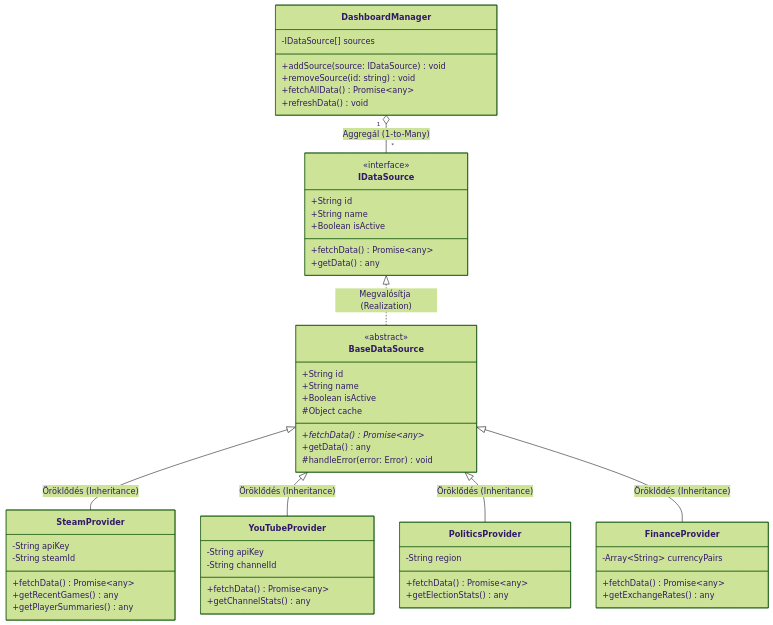
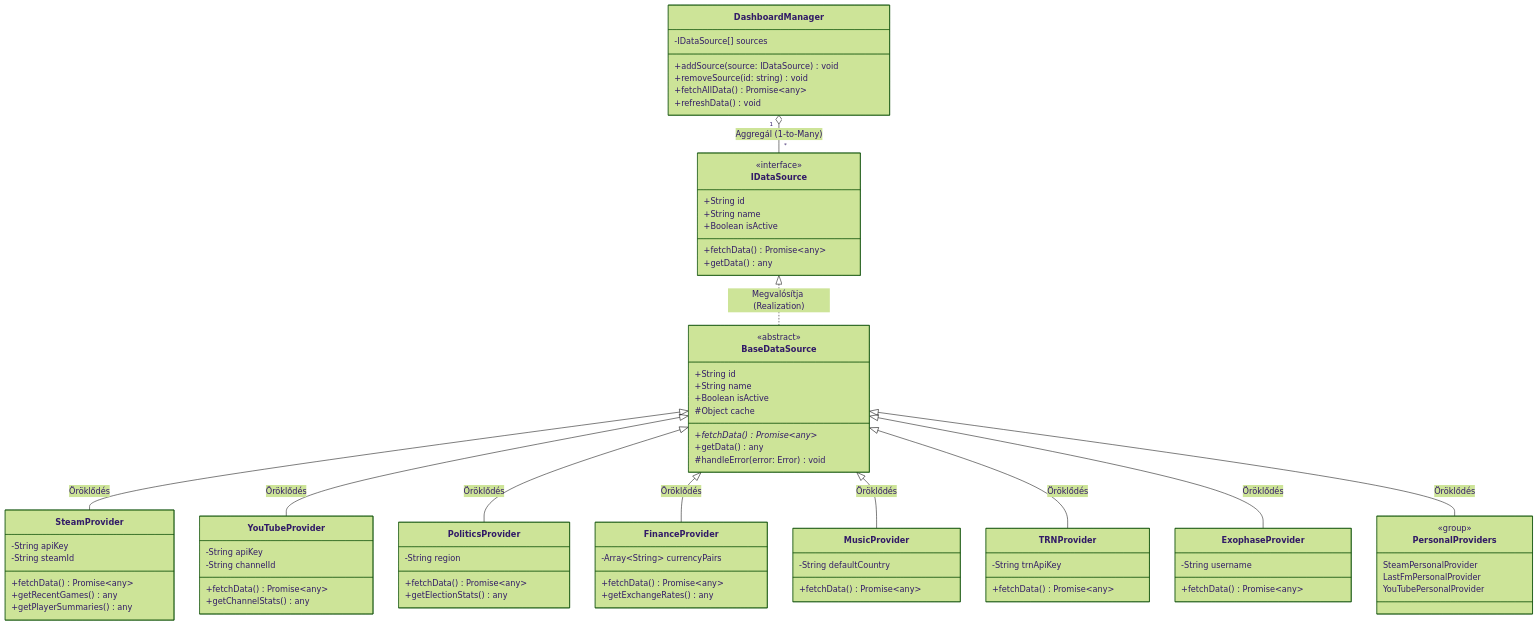
Before and after one commit to CsPS0/WorldWideDashBoard: the diagram in docs/UML/CLASS.md, drawn with Mermaid (forest theme). The commit also changed 66 other files, not shown here.

````diff
--- a/docs/UML/CLASS.md
+++ b/docs/UML/CLASS.md
@@ -62,12 +62,38 @@
         +getExchangeRates() any
     }
 
+    class MusicProvider {
+        -String defaultCountry
+        +fetchData() Promise~any~
+    }
+
+    class TRNProvider {
+        -String trnApiKey
+        +fetchData() Promise~any~
+    }
+
+    class ExophaseProvider {
+        -String username
+        +fetchData() Promise~any~
+    }
+
+    class PersonalProviders {
+        <<group>>
+        SteamPersonalProvider
+        LastFmPersonalProvider
+        YouTubePersonalProvider
+    }
+
 
     IDataSource <|.. BaseDataSource : Megvalósítja (Realization)
     DashboardManager "1" o-- "*" IDataSource : Aggregál (1-to-Many)
     
-    BaseDataSource <|-- SteamProvider : Öröklődés (Inheritance)
-    BaseDataSource <|-- YouTubeProvider : Öröklődés (Inheritance)
-    BaseDataSource <|-- PoliticsProvider : Öröklődés (Inheritance)
-    BaseDataSource <|-- FinanceProvider : Öröklődés (Inheritance)
+    BaseDataSource <|-- SteamProvider : Öröklődés
+    BaseDataSource <|-- YouTubeProvider : Öröklődés
+    BaseDataSource <|-- PoliticsProvider : Öröklődés
+    BaseDataSource <|-- FinanceProvider : Öröklődés
+    BaseDataSource <|-- MusicProvider : Öröklődés
+    BaseDataSource <|-- TRNProvider : Öröklődés
+    BaseDataSource <|-- ExophaseProvider : Öröklődés
+    BaseDataSource <|-- PersonalProviders : Öröklődés
 ```
````
